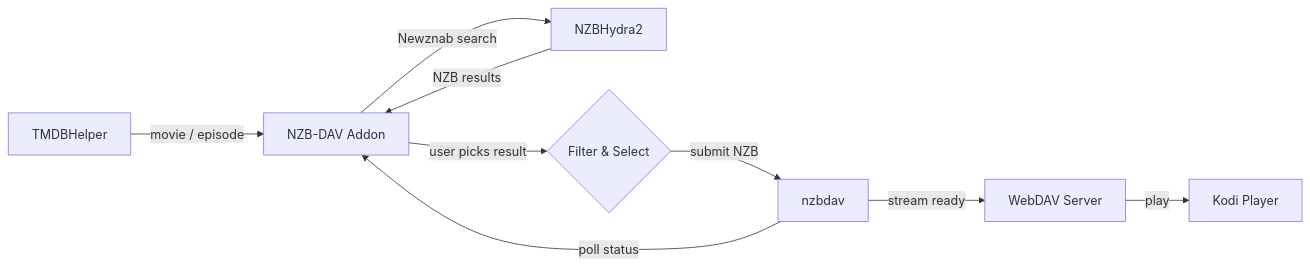
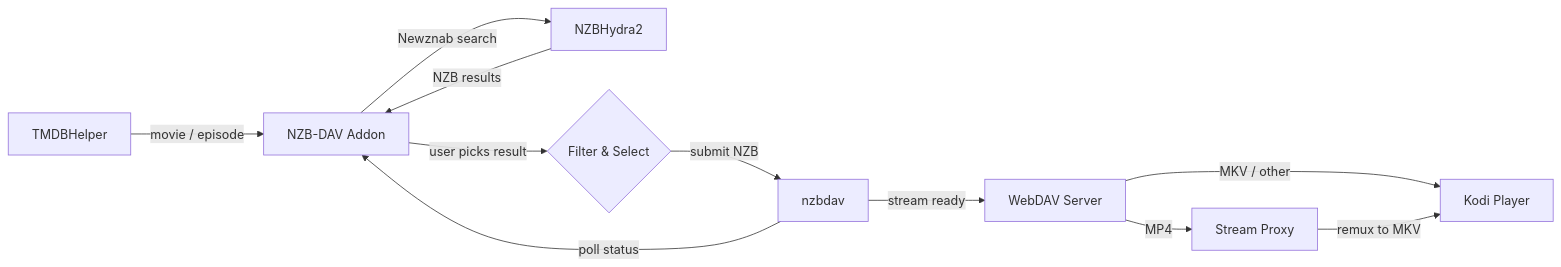
The diagram in README.md (xbmc4lyfe/nzbdavkodi), drawn with Mermaid before and after one commit. The commit also changed other lines of this file and 7 other files, not shown here.

````diff
--- a/README.md
+++ b/README.md
@@ -15,11 +15,13 @@
 ```mermaid
 flowchart LR
     A[TMDBHelper] -->|movie / episode| B[NZB-DAV Addon]
     B -->|Newznab search| C[NZBHydra2]
     C -->|NZB results| B
     B -->|user picks result| D{Filter & Select}
     D -->|submit NZB| E[nzbdav]
     E -->|poll status| B
     E -->|stream ready| F[WebDAV Server]
-    F -->|play| G[Kodi Player]
+    F -->|MP4| G[Stream Proxy]
+    F -->|MKV / other| H[Kodi Player]
+    G -->|remux to MKV| H
 ```
````
